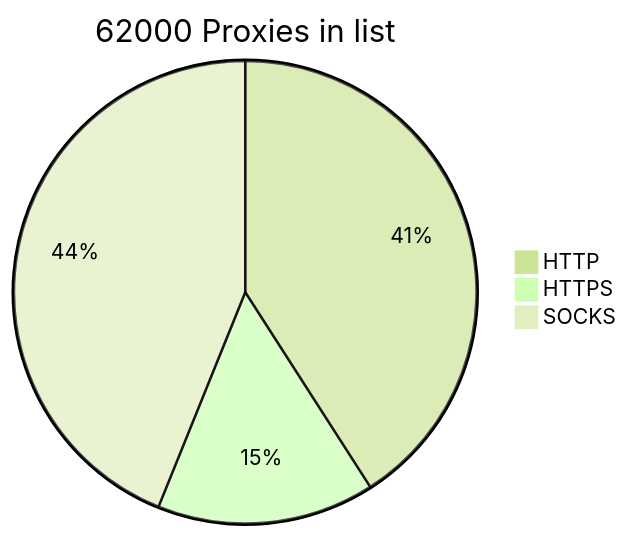
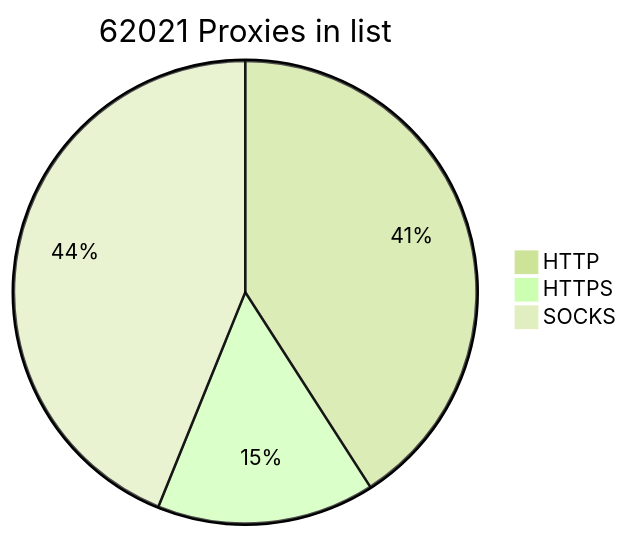
Before and after one commit to BlackSnowDot/proxylist-update-every-minute: the diagram in README.md, drawn with Mermaid (forest theme).

````diff
--- a/README.md
+++ b/README.md
@@ -2,6 +2,6 @@
 ```mermaid
-pie title 62000 Proxies in list
-    "HTTP" : 28821
-    "HTTPS": 10706
-    "SOCKS" : 30912
+pie title 62021 Proxies in list
+    "HTTP" : 28824
+    "HTTPS": 10719
+    "SOCKS" : 30911
 ```
````
